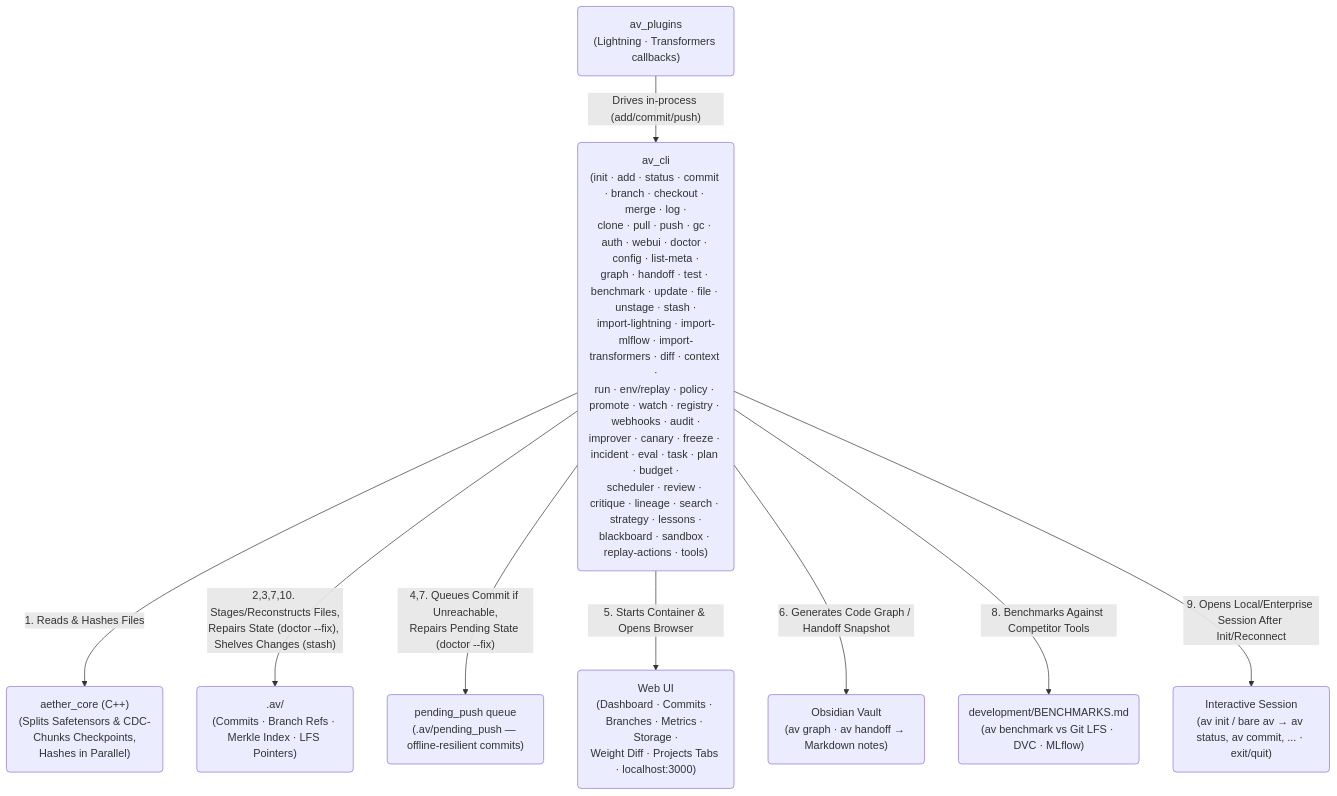
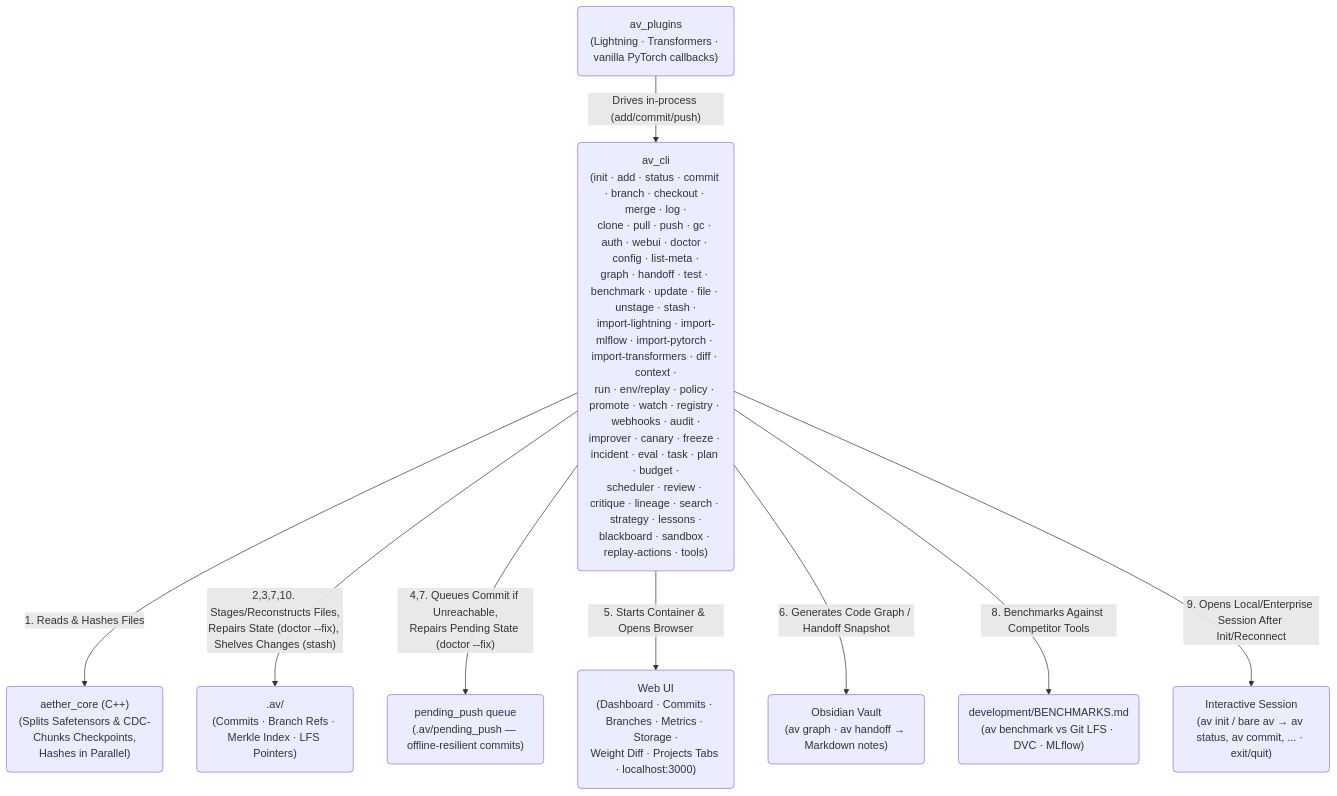
The first of 2 diagrams in README.md (leon1706-lol/Aether-Vault), drawn with Mermaid before and after one commit. The commit also changed other lines of this file and 23 other files, not shown here.

Commit message:
V1.4.0 pytorch vanilla juins av plugins as an main framework

````diff
--- a/README.md
+++ b/README.md
@@ -132,21 +132,21 @@
 ```mermaid
 graph TD
-    Plugins("av_plugins<br>(Lightning · Transformers callbacks)")
-    CLI("av_cli<br>(init · add · status · commit · branch · checkout · merge · log ·<br>clone · pull · push · gc · auth · webui · doctor · config · list-meta ·<br>graph · handoff · test · benchmark · update · file · unstage · stash ·<br>import-lightning · import-mlflow · import-transformers · diff · context ·<br>run · env/replay · policy · promote · watch · registry · webhooks · audit ·<br>improver · canary · freeze · incident · eval · task · plan · budget ·<br>scheduler · review · critique · lineage · search · strategy · lessons ·<br>blackboard · sandbox · replay-actions · tools)")
+    Plugins("av_plugins<br>(Lightning · Transformers · vanilla PyTorch callbacks)")
+    CLI("av_cli<br>(init · add · status · commit · branch · checkout · merge · log ·<br>clone · pull · push · gc · auth · webui · doctor · config · list-meta ·<br>graph · handoff · test · benchmark · update · file · unstage · stash ·<br>import-lightning · import-mlflow · import-pytorch · import-transformers · diff · context ·<br>run · env/replay · policy · promote · watch · registry · webhooks · audit ·<br>improver · canary · freeze · incident · eval · task · plan · budget ·<br>scheduler · review · critique · lineage · search · strategy · lessons ·<br>blackboard · sandbox · replay-actions · tools)")
     CPP("aether_core (C++)<br>(Splits Safetensors & CDC-Chunks Checkpoints,<br>Hashes in Parallel)")
     LocalDAG(".av/<br>(Commits · Branch Refs · Merkle Index · LFS Pointers)")
     PendingQ("pending_push queue<br>(.av/pending_push — offline-resilient commits)")
     WebUI("Web UI<br>(Dashboard · Commits · Branches · Metrics · Storage ·<br>Weight Diff · Projects Tabs · localhost:3000)")
     Vault("Obsidian Vault<br>(av graph · av handoff → Markdown notes)")
     Benchmarks("development/BENCHMARKS.md<br>(av benchmark vs Git LFS · DVC · MLflow)")
     Session("Interactive Session<br>(av init / bare av → av status, av commit, ... · exit/quit)")
 
     Plugins -- "Drives in-process (add/commit/push)" --> CLI
     CLI -- "1. Reads & Hashes Files" --> CPP
     CLI -- "2,3,7,10. Stages/Reconstructs Files,<br>Repairs State (doctor --fix), Shelves Changes (stash)" --> LocalDAG
     CLI -- "4,7. Queues Commit if Unreachable,<br>Repairs Pending State (doctor --fix)" --> PendingQ
     CLI -- "5. Starts Container & Opens Browser" --> WebUI
     CLI -- "6. Generates Code Graph / Handoff Snapshot" --> Vault
     CLI -- "8. Benchmarks Against Competitor Tools" --> Benchmarks
     CLI -- "9. Opens Local/Enterprise Session After Init/Reconnect" --> Session
 ```
````
